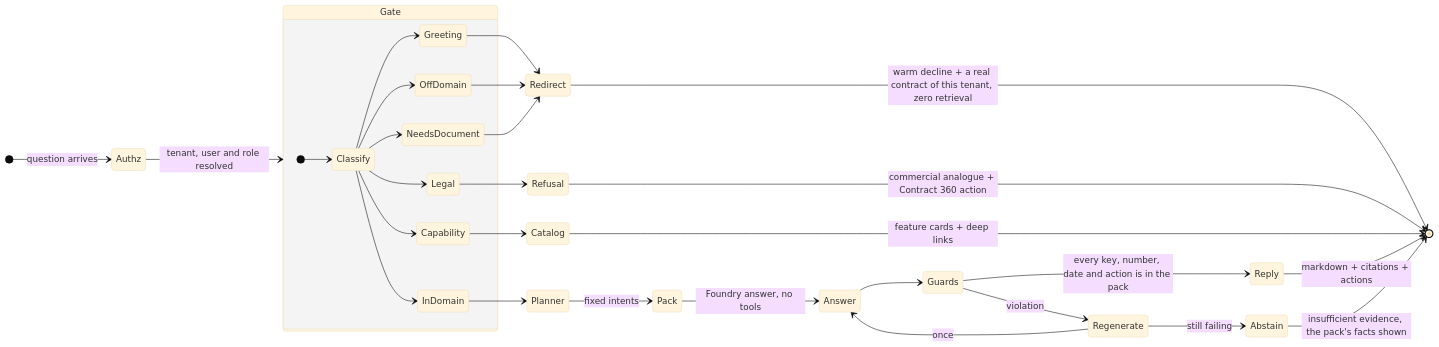
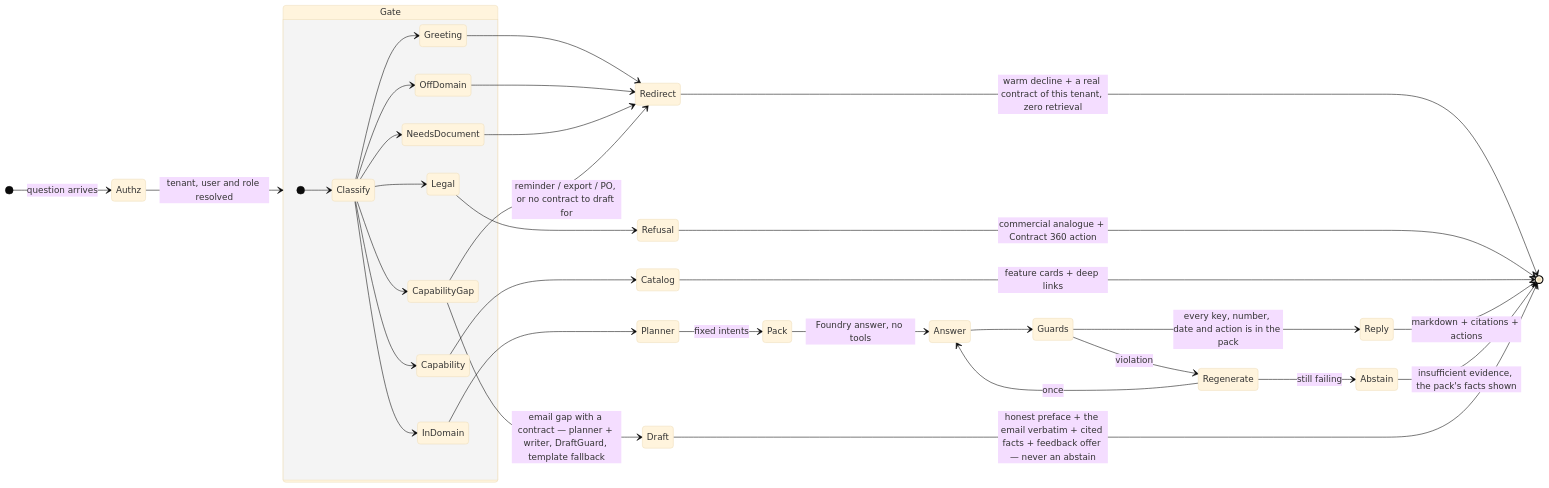
One commit to lucalamalfa91/Raffa.ai changed the fifth of 7 diagrams in docs/architecture/ask-raffa-v2-data-flow.md. Above: the diagram before and after it, drawn with Mermaid (base theme). The commit also changed other lines of this file and 115 other files, not shown here.

````diff
--- a/docs/architecture/ask-raffa-v2-data-flow.md
+++ b/docs/architecture/ask-raffa-v2-data-flow.md
@@ -291,34 +310,38 @@
 ```mermaid
 stateDiagram-v2
   direction LR
   [*] --> Authz: question arrives
   Authz --> Gate: tenant, user and role resolved
   state Gate {
     direction TB
     [*] --> Classify
     Classify --> Greeting
     Classify --> OffDomain
     Classify --> Legal
+    Classify --> CapabilityGap
     Classify --> Capability
     Classify --> NeedsDocument
     Classify --> InDomain
   }
   Greeting --> Redirect
   OffDomain --> Redirect
   NeedsDocument --> Redirect
   Legal --> Refusal
   Capability --> Catalog
+  CapabilityGap --> Draft: email gap with a contract — planner + writer, DraftGuard, template fallback
+  CapabilityGap --> Redirect: reminder / export / PO, or no contract to draft for
   InDomain --> Planner
   Planner --> Pack: fixed intents
   Pack --> Answer: Foundry answer, no tools
   Answer --> Guards
   Guards --> Reply: every key, number, date and action is in the pack
   Guards --> Regenerate: violation
   Regenerate --> Answer: once
   Regenerate --> Abstain: still failing
   Redirect --> [*]: warm decline + a real contract of this tenant, zero retrieval
   Refusal --> [*]: commercial analogue + Contract 360 action
   Catalog --> [*]: feature cards + deep links
   Reply --> [*]: markdown + citations + actions
   Abstain --> [*]: insufficient evidence, the pack's facts shown
+  Draft --> [*]: honest preface + the email verbatim + cited facts + feedback offer — never an abstain
 ```
````
